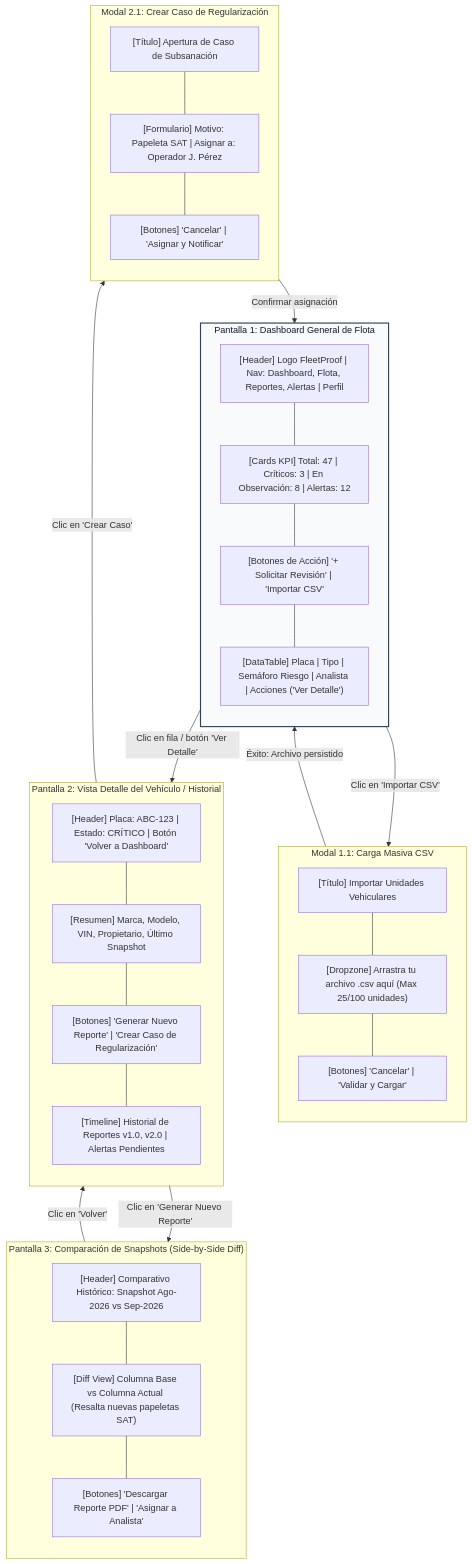
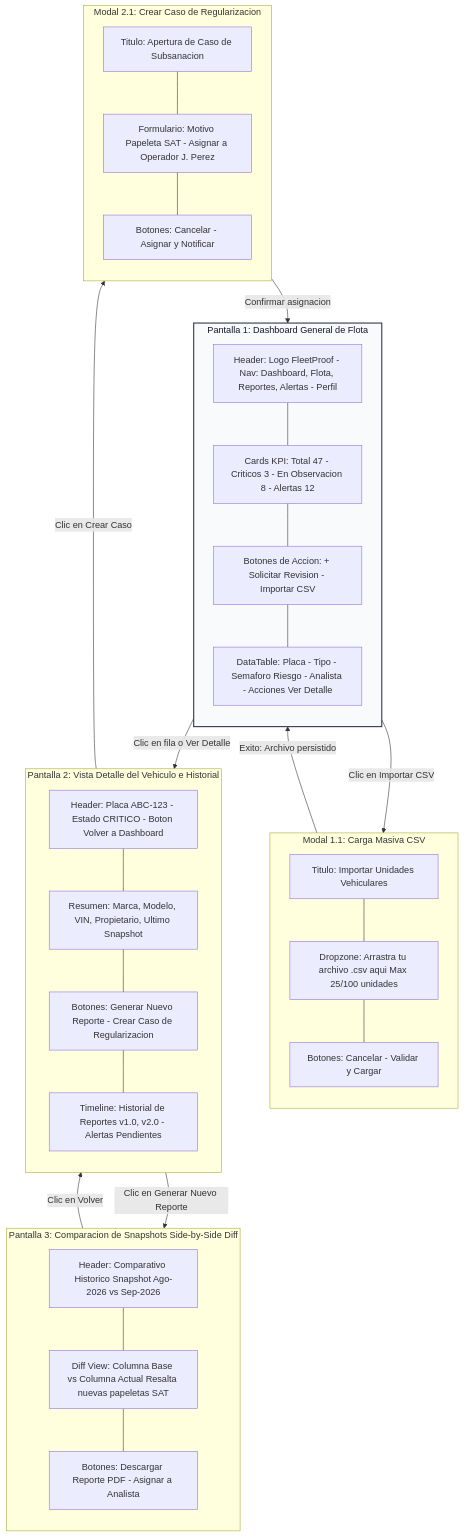
The first of 7 diagrams in docs/05-chapter-4-product-design.md (1ASI0729-7800-BLIP/blip-fleetproof-project-report), drawn with Mermaid before and after one commit. The commit also changed other lines of this file, not shown here.

Commit message:
fix(ch4): sanitize Mermaid syntax and remove non-breaking spaces in 4.4.2 wireflow
- Replace non-breaking space characters with standard spaces to fix Mermaid lexer errors.
- Escape inner brackets and pipes inside node labels.
- Standardize transition edge label syntax across subgraphs.

````diff
--- a/docs/05-chapter-4-product-design.md
+++ b/docs/05-chapter-4-product-design.md
@@ -363,65 +363,65 @@
 ```mermaid
 flowchart TD
-    classDef screen fill:#f8fafc,stroke:#334155,stroke-width:2px,color:#0f172a,stroke-dasharray: 0;
-    classDef modal fill:#ffffff,stroke:#2563eb,stroke-width:2px,stroke-dasharray: 4 4,color:#0f172a;
+    classDef screen fill:#f8fafc,stroke:#334155,stroke-width:2px,color:#0f172a;
+    classDef modal fill:#ffffff,stroke:#2563eb,stroke-width:2px,stroke-dasharray: 4 4,color:#0f17a;
     classDef action fill:#e0e7ff,stroke:#4338ca,stroke-width:1px,color:#1e1b4b;
 
-    subgraph SCREEN_1 ["Pantalla 1: Dashboard General de Flota"]
+    subgraph SCREEN_1["Pantalla 1: Dashboard General de Flota"]
         direction TB
-        S1_Header["[Header] Logo FleetProof | Nav: Dashboard, Flota, Reportes, Alertas | Perfil"]
-        S1_KPIs["[Cards KPI] Total: 47 | Críticos: 3 | En Observación: 8 | Alertas: 12"]
-        S1_Actions["[Botones de Acción] '+ Solicitar Revisión' | 'Importar CSV'"]
-        S1_Table["[DataTable] Placa | Tipo | Semáforo Riesgo | Analista | Acciones ('Ver Detalle')"]
+        S1_Header["Header: Logo FleetProof - Nav: Dashboard, Flota, Reportes, Alertas - Perfil"]
+        S1_KPIs["Cards KPI: Total 47 - Criticos 3 - En Observacion 8 - Alertas 12"]
+        S1_Actions["Botones de Accion: + Solicitar Revision - Importar CSV"]
+        S1_Table["DataTable: Placa - Tipo - Semaforo Riesgo - Analista - Acciones Ver Detalle"]
         S1_Header --- S1_KPIs --- S1_Actions --- S1_Table
     end
     class SCREEN_1 screen;
 
-    subgraph MODAL_1 ["Modal 1.1: Carga Masiva CSV"]
+    subgraph MODAL_1["Modal 1.1: Carga Masiva CSV"]
         direction TB
-        M1_Title["[Título] Importar Unidades Vehiculares"]
-        M1_Dropzone["[Dropzone] Arrastra tu archivo .csv aquí (Max 25/100 unidades)"]
-        M1_Buttons["[Botones] 'Cancelar' | 'Validar y Cargar'"]
+        M1_Title["Titulo: Importar Unidades Vehiculares"]
+        M1_Dropzone["Dropzone: Arrastra tu archivo .csv aqui Max 25/100 unidades"]
+        M1_Buttons["Botones: Cancelar - Validar y Cargar"]
         M1_Title --- M1_Dropzone --- M1_Buttons
     end
     class MODAL_1 modal;
 
-    subgraph SCREEN_2 ["Pantalla 2: Vista Detalle del Vehículo / Historial"]
+    subgraph SCREEN_2["Pantalla 2: Vista Detalle del Vehiculo e Historial"]
         direction TB
-        S2_Header["[Header] Placa: ABC-123 | Estado: CRÍTICO | Botón 'Volver a Dashboard'"]
-        S2_Summary["[Resumen] Marca, Modelo, VIN, Propietario, Último Snapshot"]
-        S2_Actions["[Botones] 'Generar Nuevo Reporte' | 'Crear Caso de Regularización'"]
-        S2_History["[Timeline] Historial de Reportes v1.0, v2.0 | Alertas Pendientes"]
+        S2_Header["Header: Placa ABC-123 - Estado CRITICO - Boton Volver a Dashboard"]
+        S2_Summary["Resumen: Marca, Modelo, VIN, Propietario, Ultimo Snapshot"]
+        S2_Actions["Botones: Generar Nuevo Reporte - Crear Caso de Regularizacion"]
+        S2_History["Timeline: Historial de Reportes v1.0, v2.0 - Alertas Pendientes"]
         S2_Header --- S2_Summary --- S2_Actions --- S2_History
     end
     class SCREEN_2 screen;
 
-    subgraph SCREEN_3 ["Pantalla 3: Comparación de Snapshots (Side-by-Side Diff)"]
+    subgraph SCREEN_3["Pantalla 3: Comparacion de Snapshots Side-by-Side Diff"]
         direction TB
-        S3_Header["[Header] Comparativo Histórico: Snapshot Ago-2026 vs Sep-2026"]
-        S3_Cols["[Diff View] Columna Base vs Columna Actual (Resalta nuevas papeletas SAT)"]
-        S3_Footer["[Botones] 'Descargar Reporte PDF' | 'Asignar a Analista'"]
+        S3_Header["Header: Comparativo Historico Snapshot Ago-2026 vs Sep-2026"]
+        S3_Cols["Diff View: Columna Base vs Columna Actual Resalta nuevas papeletas SAT"]
+        S3_Footer["Botones: Descargar Reporte PDF - Asignar a Analista"]
         S3_Header --- S3_Cols --- S3_Footer
     end
     class SCREEN_3 screen;
 
-    subgraph MODAL_2 ["Modal 2.1: Crear Caso de Regularización"]
+    subgraph MODAL_2["Modal 2.1: Crear Caso de Regularizacion"]
         direction TB
-        M2_Title["[Título] Apertura de Caso de Subsanación"]
-        M2_Form["[Formulario] Motivo: Papeleta SAT | Asignar a: Operador J. Pérez"]
-        M2_Action["[Botones] 'Cancelar' | 'Asignar y Notificar'"]
+        M2_Title["Titulo: Apertura de Caso de Subsanacion"]
+        M2_Form["Formulario: Motivo Papeleta SAT - Asignar a Operador J. Perez"]
+        M2_Action["Botones: Cancelar - Asignar y Notificar"]
         M2_Title --- M2_Form --- M2_Action
     end
     class MODAL_2 modal;
 
-    %% Conexiones y transiciones de interacción (Wireflow)
-    S1_Actions -- "Clic en 'Importar CSV'" --> MODAL_1
-    MODAL_1 -- "Éxito: Archivo persistido" --> S1_Table
-    
-    S1_Table -- "Clic en fila / botón 'Ver Detalle'" --> SCREEN_2
-    
-    S2_Actions -- "Clic en 'Generar Nuevo Reporte'" --> SCREEN_3
-    S2_Actions -- "Clic en 'Crear Caso'" --> MODAL_2
-    
-    MODAL_2 -- "Confirmar asignación" --> S1_KPIs
-    S3_Footer -- "Clic en 'Volver'" --> SCREEN_2
+    %% Conexiones y transiciones de interaccion
+    S1_Actions -->|"Clic en Importar CSV"| MODAL_1
+    MODAL_1 -->|"Exito: Archivo persistido"| S1_Table
+
+    S1_Table -->|"Clic en fila o Ver Detalle"| SCREEN_2
+
+    S2_Actions -->|"Clic en Generar Nuevo Reporte"| SCREEN_3
+    S2_Actions -->|"Clic en Crear Caso"| MODAL_2
+
+    MODAL_2 -->|"Confirmar asignacion"| S1_KPIs
+    S3_Footer -->|"Clic en Volver"| SCREEN_2
 ```
````
